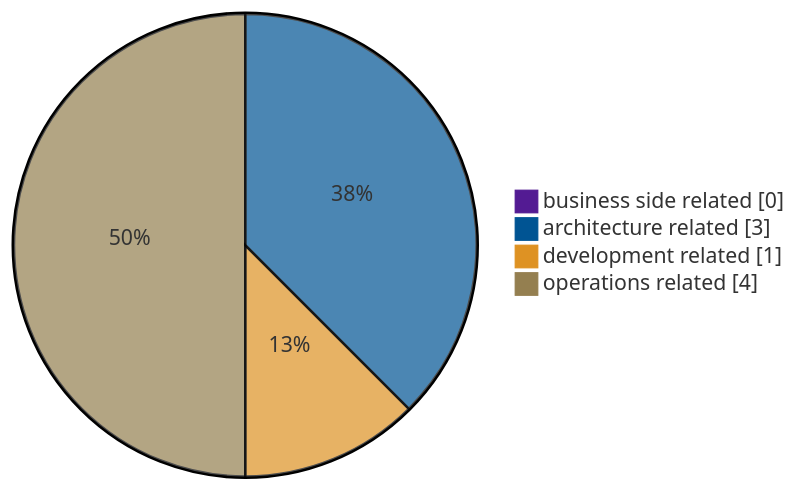
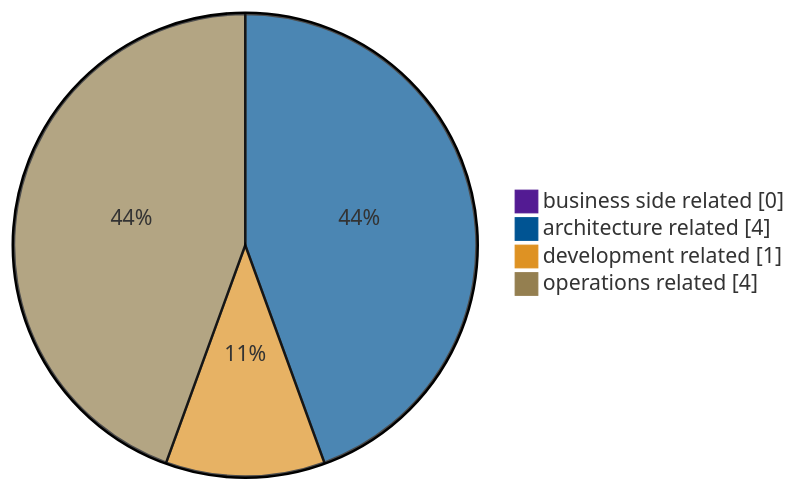
Before and after one commit to 0x3f8/threat-model-demo: the second of 2 diagrams in report/adocReport/030_RiskMitigationStatus.adoc, drawn with Mermaid. The commit also changed other lines of this file and 21 other files, not shown here.

```diff
--- a/report/adocReport/030_RiskMitigationStatus.adoc
+++ b/report/adocReport/030_RiskMitigationStatus.adoc
@@ -87,9 +87,9 @@
 [mermaid]
 ....
 %%{init: {'pie' : {'textPosition' : 0.5}, 'theme': 'base', 'themeVariables': { 'pie1': '#531B93', 'pie2': '#005493', 'pie3': '#DE9223', 'pie4': '#947F50'}}}%%
 pie showData
   "business side related" : 0
-  "architecture related" : 3
+  "architecture related" : 4
   "development related" : 1
   "operations related" : 4
 ....
```
